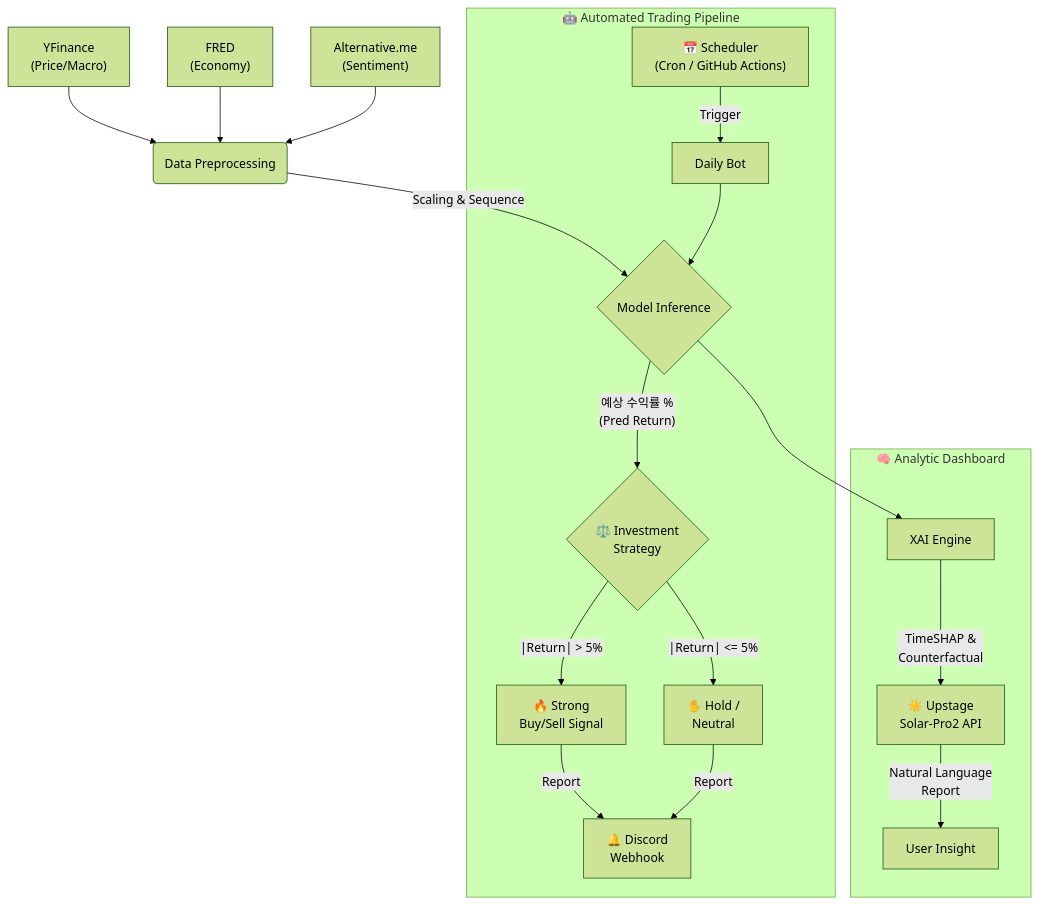
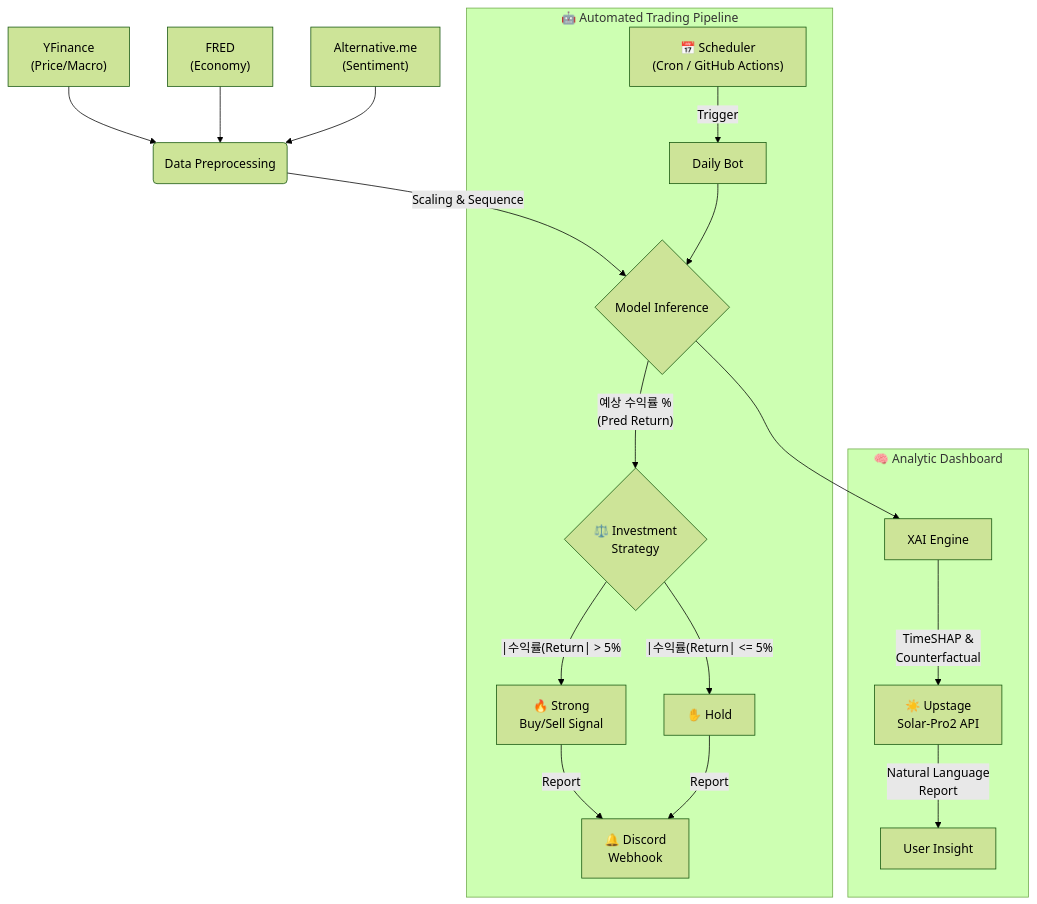
One commit to Hipposdata/BTC_FCST changed the diagram in README.md. Above: the diagram before and after it, drawn with Mermaid (forest theme). The commit also changed other lines of this file, not shown here.

````diff
--- a/README.md
+++ b/README.md
@@ -81,26 +81,26 @@
 ```mermaid
 graph TD
     %% Data Flow (Split for stability)
     A1["YFinance<br/>(Price/Macro)"] --> B(Data Preprocessing)
     A2["FRED<br/>(Economy)"] --> B
     A3["Alternative.me<br/>(Sentiment)"] --> B
     
     B -->|"Scaling & Sequence"| C{Model Inference}
     
     %% Automated Path
     subgraph "🤖 Automated Trading Pipeline"
     S["📅 Scheduler<br/>(Cron / GitHub Actions)"] -->|Trigger| D[Daily Bot]
     D --> C
     C -->|"예상 수익률 %<br/>(Pred Return)"| STR{"⚖️ Investment<br/>Strategy"}
-    STR --"|Return| > 5%"--> BUY["🔥 Strong<br/>Buy/Sell Signal"]
-    STR --"|Return| <= 5%"--> HOLD["✋ Hold /<br/>Neutral"]
+    STR --"|수익률(Return| > 5%"--> BUY["🔥 Strong<br/>Buy/Sell Signal"]
+    STR --"|수익률(Return| <= 5%"--> HOLD["✋ Hold<br/>"]
     BUY & HOLD -->|Report| WEB["🔔 Discord<br/>Webhook"]
     end
     
     %% Dashboard Path
     subgraph "🧠 Analytic Dashboard"
     C --> G[XAI Engine]
     G -->|"TimeSHAP &<br/>Counterfactual"| H["☀️ Upstage<br/>Solar-Pro2 API"]
     H -->|"Natural Language<br/>Report"| I[User Insight]
     end
 ```
````
